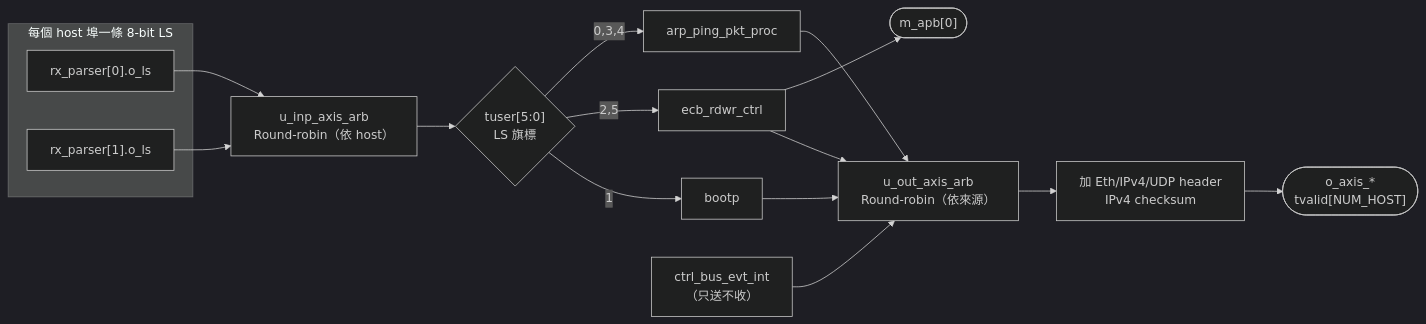
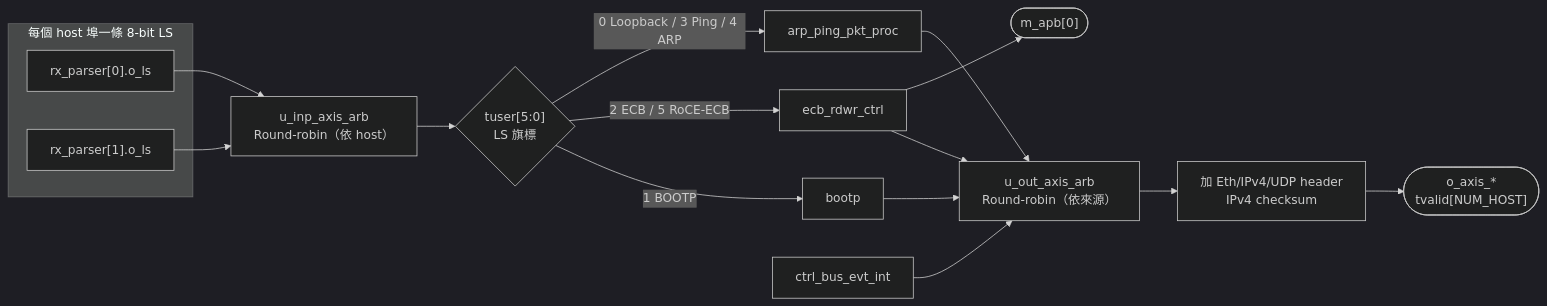
The diagram in docs/modules/rx_ls_parser.md (blue31606/hsb-ana), drawn with Mermaid (dark theme) before and after one commit. The commit also changed other lines of this file and 26 other files, not shown here.

````diff
--- a/docs/modules/rx_ls_parser.md
+++ b/docs/modules/rx_ls_parser.md
@@ -16,24 +20,24 @@
 ```mermaid
 flowchart LR
   subgraph IN["每個 host 埠一條 8-bit LS"]
     H0["rx_parser[0].o_ls"]
     H1["rx_parser[1].o_ls"]
   end
   ARBI["u_inp_axis_arb<br/>Round-robin（依 host）"]
   DEMUX{"tuser[5:0]<br/>LS 旗標"}
   APP["arp_ping_pkt_proc"]
   ECB["ecb_rdwr_ctrl"]
   BOOT["bootp"]
-  EVT["ctrl_bus_evt_int<br/>（只送不收）"]
+  EVT["ctrl_bus_evt_int"]
   ARBO["u_out_axis_arb<br/>Round-robin（依來源）"]
   HDR["加 Eth/IPv4/UDP header<br/>IPv4 checksum"]
   OUT(["o_axis_*<br/>tvalid[NUM_HOST]"])
   APBM(["m_apb[0]"])
   H0 --> ARBI
   H1 --> ARBI --> DEMUX
-  DEMUX -- "0,3,4" --> APP
-  DEMUX -- "2,5" --> ECB
-  DEMUX -- "1" --> BOOT
+  DEMUX -- "0 Loopback / 3 Ping / 4 ARP" --> APP
+  DEMUX -- "2 ECB / 5 RoCE-ECB" --> ECB
+  DEMUX -- "1 BOOTP" --> BOOT
   ECB --> APBM
   APP & ECB & BOOT & EVT --> ARBO --> HDR --> OUT
 ```
````
